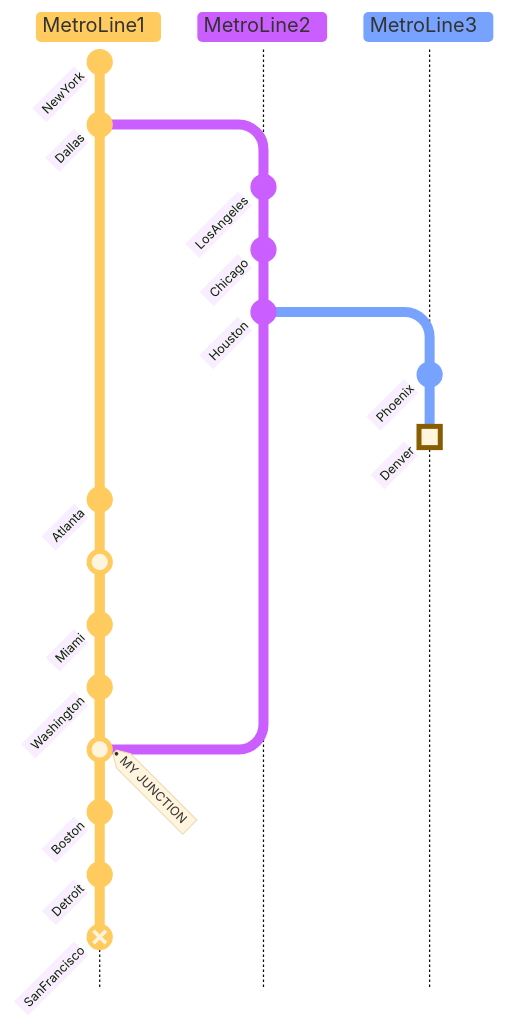
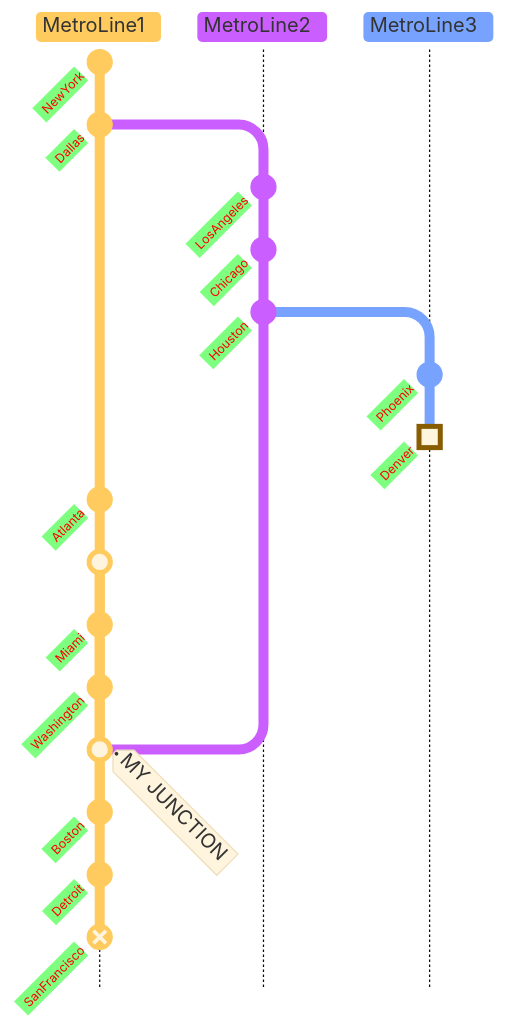
The diagram in publications.md (haprecht/haprecht.github.io), drawn with Mermaid before and after one commit.

```diff
--- a/publications.md
+++ b/publications.md
@@ -7,23 +7,27 @@
 <div class="mermaid">
-%%{init: { 'logLevel': 'debug', 'theme': 'base', 'gitGraph': {'showBranches': true, 'showCommitLabel':true,'mainBranchName': 'MetroLine1'}} }%%
+%%{init: { 'logLevel': 'debug', 'theme': 'base', 'themeVariables': {
+              'commitLabelColor': '#ff0000',
+              'commitLabelBackground': '#00ff00',
+              'tagLabelFontSize': '16px'
+       }, 'gitGraph': {'showBranches': true, 'showCommitLabel':true,'mainBranchName': 'MetroLine1'}} }%%
       gitGraph TB:
         commit id:"NewYork"
         commit id:"Dallas"
         branch MetroLine2
         commit id:"LosAngeles"
         commit id:"Chicago"
         commit id:"Houston"
         branch MetroLine3
         commit id:"Phoenix"
         commit type: HIGHLIGHT id:"Denver"
         commit id:"Boston"
         checkout MetroLine1
         commit id:"Atlanta"
         merge MetroLine3
         commit id:"Miami"
         commit id:"Washington"
         merge MetroLine2 tag:"MY JUNCTION"
         commit id:"Boston"
         commit id:"Detroit"
         commit type:REVERSE id:"SanFrancisco"
 </div>
```
